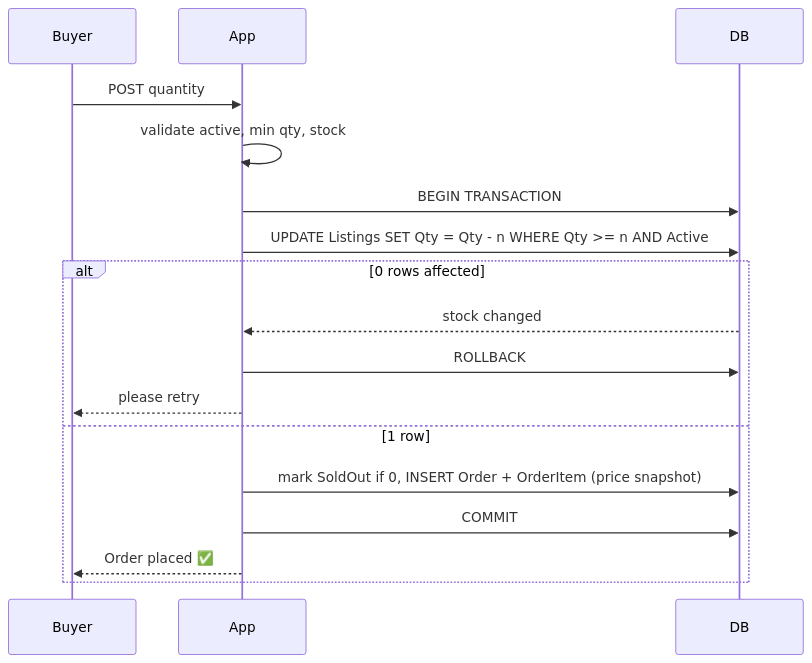
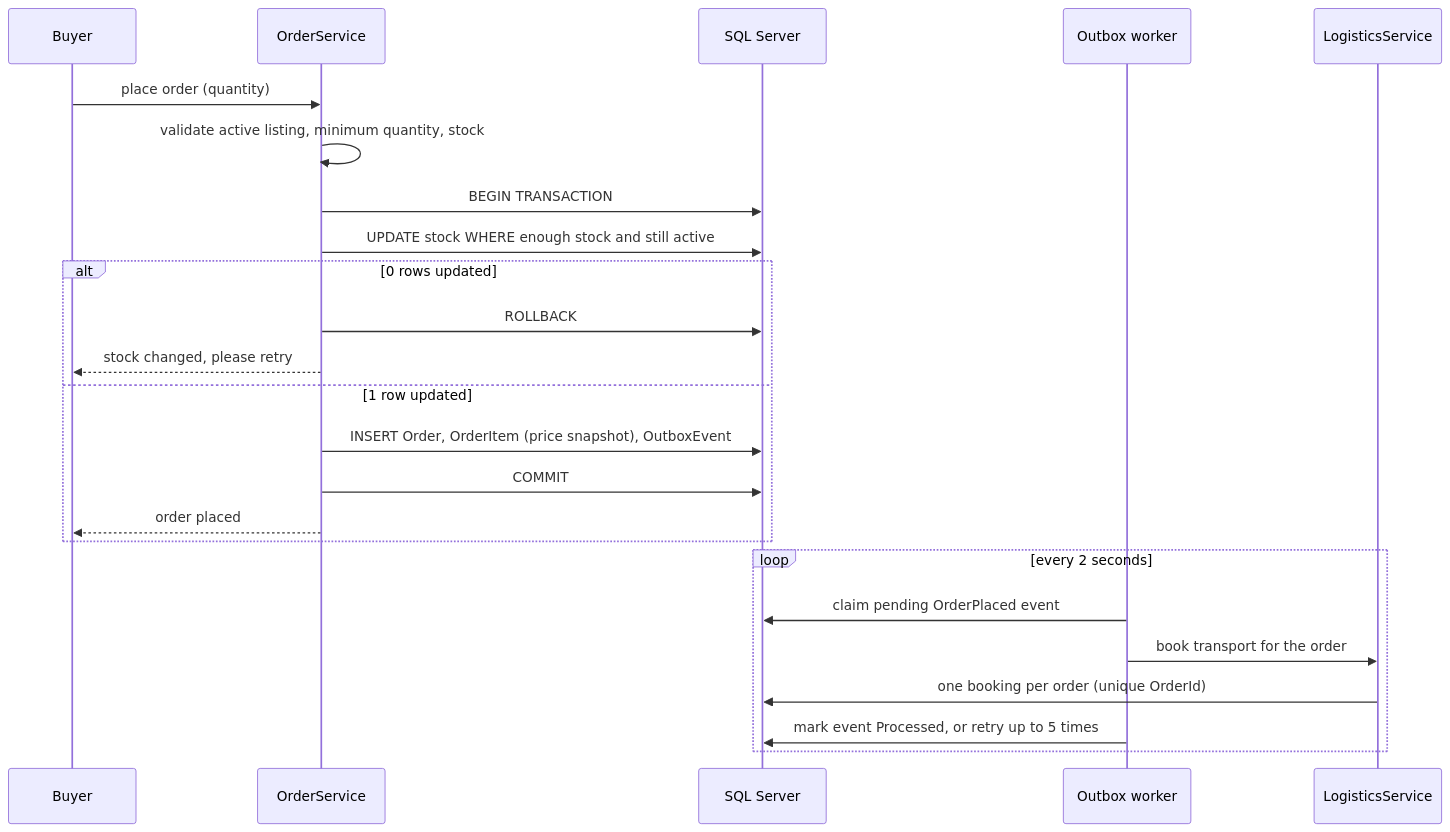
One commit to Snehar273/FarmConnect changed the third of 5 diagrams in README.md. Above: the diagram before and after it, drawn with Mermaid. The commit also changed other lines of this file and 54 other files, not shown here.

````diff
--- a/README.md
+++ b/README.md
@@ -93,19 +84,26 @@
 ```mermaid
 sequenceDiagram
   participant Buyer
-  participant App
-  participant DB
-  Buyer->>App: POST quantity
-  App->>App: validate active, min qty, stock
+  participant App as OrderService
+  participant DB as SQL Server
+  participant W as Outbox worker
+  participant L as LogisticsService
+  Buyer->>App: place order (quantity)
+  App->>App: validate active listing, minimum quantity, stock
   App->>DB: BEGIN TRANSACTION
-  App->>DB: UPDATE Listings SET Qty = Qty - n WHERE Qty >= n AND Active
-  alt 0 rows affected
-    DB-->>App: stock changed
+  App->>DB: UPDATE stock WHERE enough stock and still active
+  alt 0 rows updated
     App->>DB: ROLLBACK
-    App-->>Buyer: please retry
-  else 1 row
-    App->>DB: mark SoldOut if 0, INSERT Order + OrderItem (price snapshot)
+    App-->>Buyer: stock changed, please retry
+  else 1 row updated
+    App->>DB: INSERT Order, OrderItem (price snapshot), OutboxEvent
     App->>DB: COMMIT
-    App-->>Buyer: Order placed ✅
+    App-->>Buyer: order placed
+  end
+  loop every 2 seconds
+    W->>DB: claim pending OrderPlaced event
+    W->>L: book transport for the order
+    L->>DB: one booking per order (unique OrderId)
+    W->>DB: mark event Processed, or retry up to 5 times
   end
 ```
````
